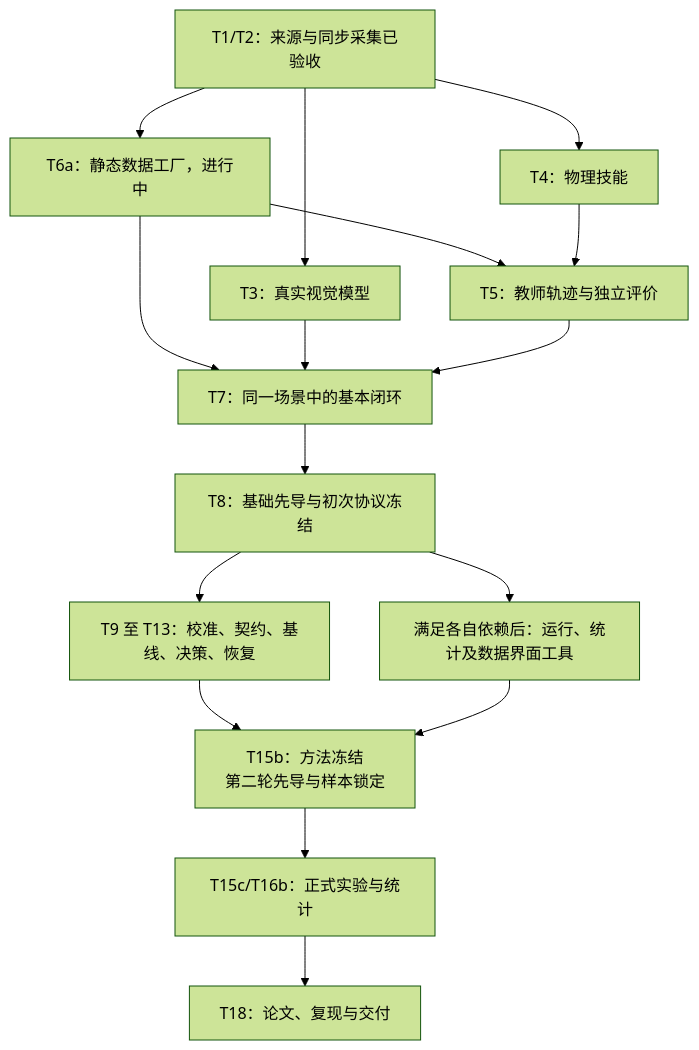
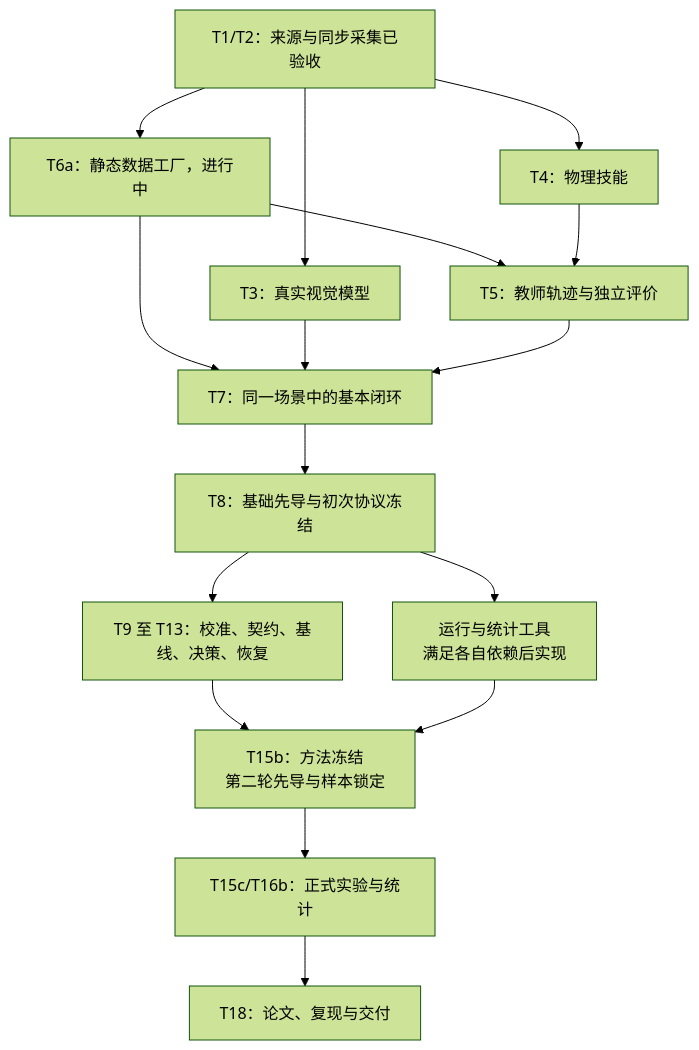
Before and after one commit to ningyd98/BIG-small: the ninth of 9 diagrams in output/doc/20261002-opening-proposal/开题报告_零基础项目准备与图解说明.md, drawn with Mermaid (forest theme). The commit also changed other lines of this file and 33 other files, not shown here.

````diff
--- a/output/doc/20261002-opening-proposal/开题报告_零基础项目准备与图解说明.md
+++ b/output/doc/20261002-opening-proposal/开题报告_零基础项目准备与图解说明.md
@@ -599,18 +599,18 @@
 ```mermaid
 flowchart TD
     A["T1/T2：来源与同步采集已验收"] --> B["T6a：静态数据工厂，进行中"]
     A --> C["T3：真实视觉模型"]
     A --> D["T4：物理技能"]
     B --> E["T5：教师轨迹与独立评价"]
     D --> E
     B --> F["T7：同一场景中的基本闭环"]
     C --> F
     E --> F
     F --> G["T8：基础先导与初次协议冻结"]
     G --> H["T9 至 T13：校准、契约、基线、决策、恢复"]
-    G --> I["满足各自依赖后：运行、统计及数据界面工具"]
+    G --> I["运行与统计工具<br/>满足各自依赖后实现"]
     H --> J["T15b：方法冻结<br/>第二轮先导与样本锁定"]
     I --> J
     J --> K["T15c/T16b：正式实验与统计"]
     K --> L["T18：论文、复现与交付"]
 ```
````
